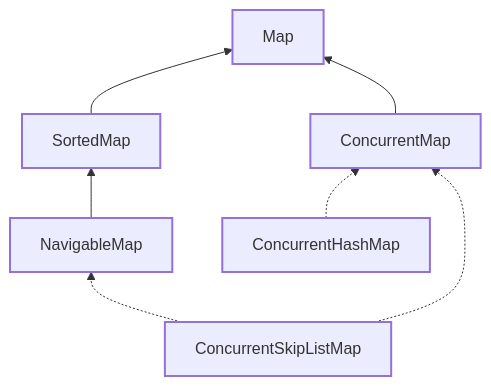
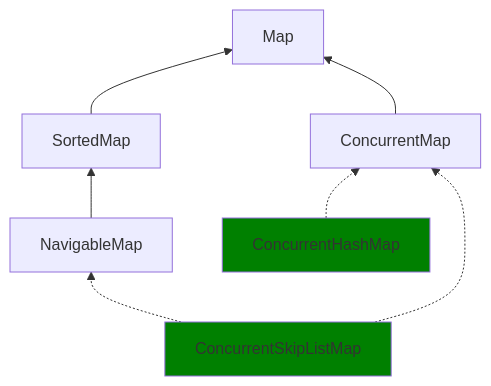
The fourth of 4 diagrams in readme.md (ailenus/java-notes), drawn with Mermaid before and after one commit. The commit also changed other lines of this file, not shown here.

````diff
--- a/readme.md
+++ b/readme.md
@@ -1278,15 +1288,11 @@
 ```mermaid
 graph BT
-    style Map fill:##333, stroke:##ccc, stroke-width:2px, color:##fff
-    style SortedMap fill:##333, stroke:##ccc, stroke-width:2px, color:##fff
-    style NavigableMap fill:##333, stroke:##ccc, stroke-width:2px, color:##fff
-    style ConcurrentSkipListMap fill:##393, stroke:##ccc, stroke-width:2px, color:##fff
-    style ConcurrentMap fill:##333, stroke:##ccc, stroke-width:2px, color:##fff
-    style ConcurrentHashMap fill:##393, stroke:##ccc, stroke-width:2px, color:##fff
+    style ConcurrentSkipListMap fill:green
+    style ConcurrentHashMap fill:green
     SortedMap --> Map
     NavigableMap --> SortedMap
     ConcurrentSkipListMap -.-> NavigableMap
     ConcurrentMap --> Map
     ConcurrentHashMap -.-> ConcurrentMap
     ConcurrentSkipListMap -.-> ConcurrentMap
 ```
````
